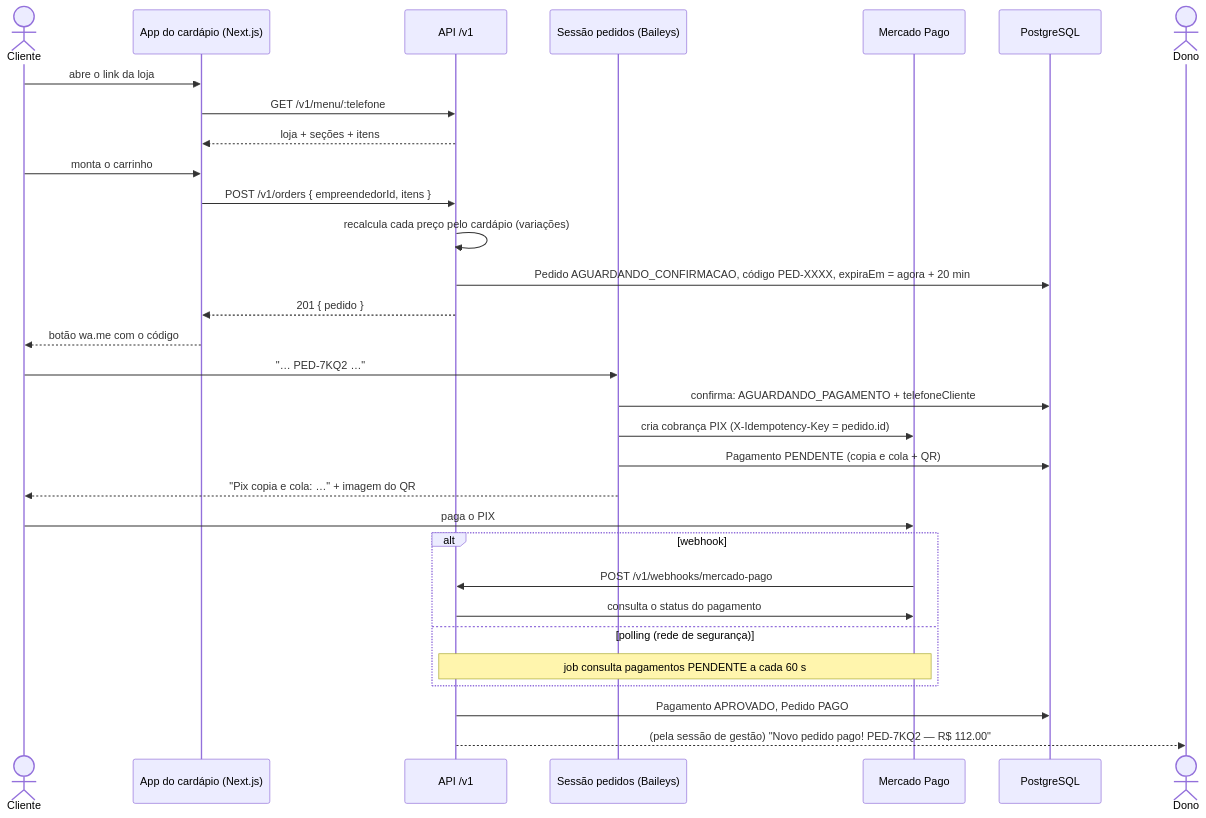
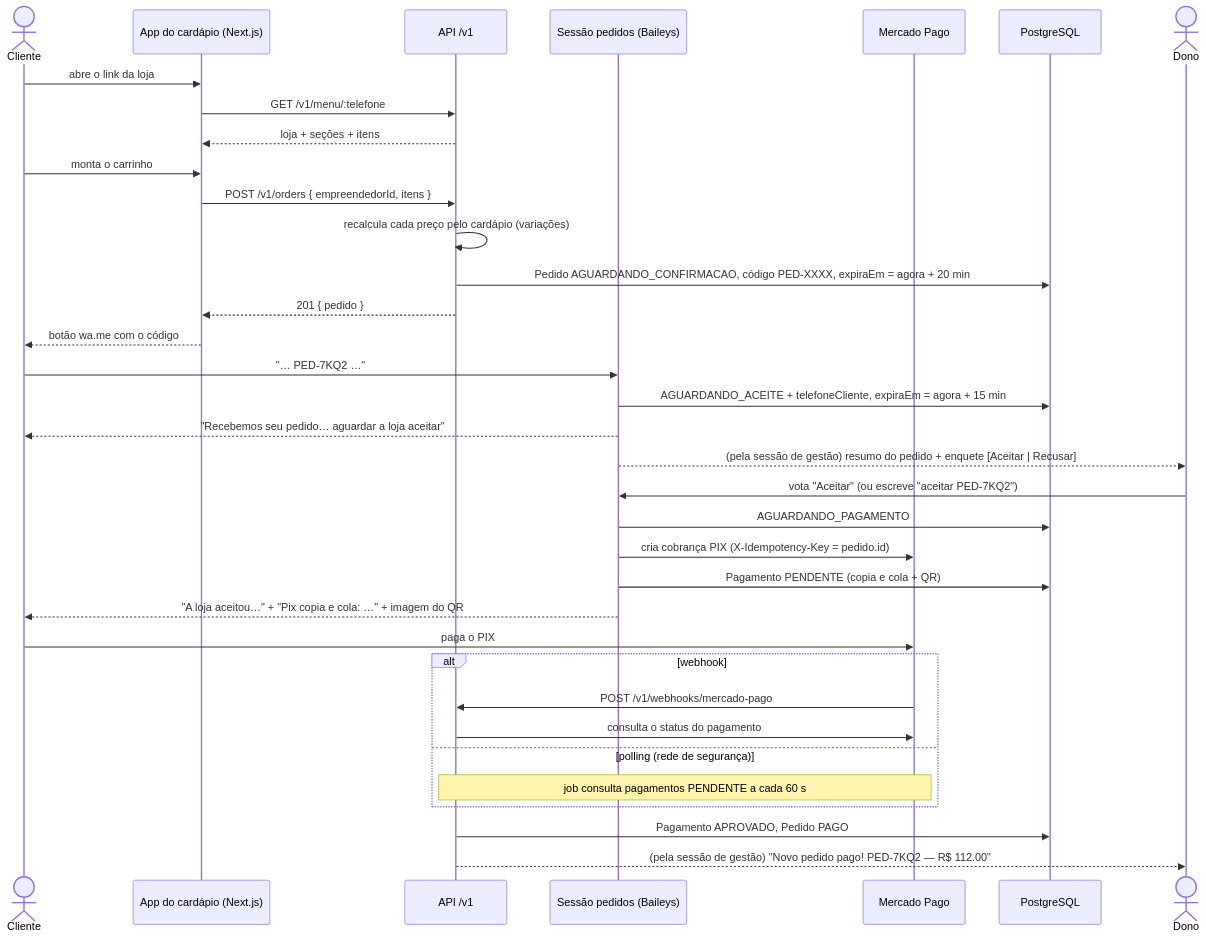
The second of 2 diagrams in docs/fluxos.md (nathanlucena/zapmenu-back), drawn with Mermaid before and after one commit. The commit also changed other lines of this file and 35 other files, not shown here.

Commit message:
Loja aceita ou recusa o pedido antes do PIX

````diff
--- a/docs/fluxos.md
+++ b/docs/fluxos.md
@@ -136,34 +136,38 @@
 ```mermaid
 sequenceDiagram
     actor C as Cliente
     participant App as App do cardápio (Next.js)
     participant API as API /v1
     participant WPP as Sessão pedidos (Baileys)
     participant MP as Mercado Pago
     participant DB as PostgreSQL
     actor Dono
 
     C->>App: abre o link da loja
     App->>API: GET /v1/menu/:telefone
     API-->>App: loja + seções + itens
     C->>App: monta o carrinho
     App->>API: POST /v1/orders { empreendedorId, itens }
     API->>API: recalcula cada preço pelo cardápio (variações)
     API->>DB: Pedido AGUARDANDO_CONFIRMACAO, código PED-XXXX, expiraEm = agora + 20 min
     API-->>App: 201 { pedido }
     App-->>C: botão wa.me com o código
     C->>WPP: "… PED-7KQ2 …"
-    WPP->>DB: confirma: AGUARDANDO_PAGAMENTO + telefoneCliente
+    WPP->>DB: AGUARDANDO_ACEITE + telefoneCliente, expiraEm = agora + 15 min
+    WPP-->>C: "Recebemos seu pedido… aguardar a loja aceitar"
+    WPP-->>Dono: (pela sessão de gestão) resumo do pedido + enquete [Aceitar | Recusar]
+    Dono->>WPP: vota "Aceitar" (ou escreve "aceitar PED-7KQ2")
+    WPP->>DB: AGUARDANDO_PAGAMENTO
     WPP->>MP: cria cobrança PIX (X-Idempotency-Key = pedido.id)
     WPP->>DB: Pagamento PENDENTE (copia e cola + QR)
-    WPP-->>C: "Pix copia e cola: …" + imagem do QR
+    WPP-->>C: "A loja aceitou…" + "Pix copia e cola: …" + imagem do QR
     C->>MP: paga o PIX
     alt webhook
         MP->>API: POST /v1/webhooks/mercado-pago
         API->>MP: consulta o status do pagamento
     else polling (rede de segurança)
         Note over API,MP: job consulta pagamentos PENDENTE a cada 60 s
     end
     API->>DB: Pagamento APROVADO, Pedido PAGO
     API-->>Dono: (pela sessão de gestão) "Novo pedido pago! PED-7KQ2 — R$ 112.00"
 ```
````
